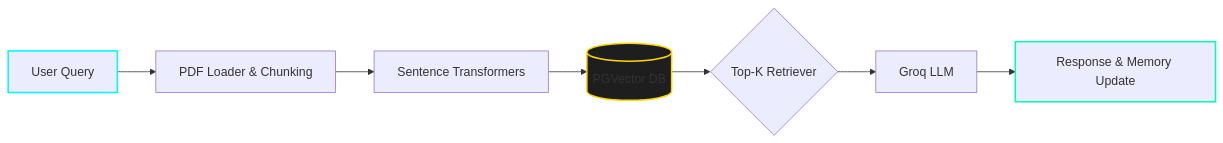
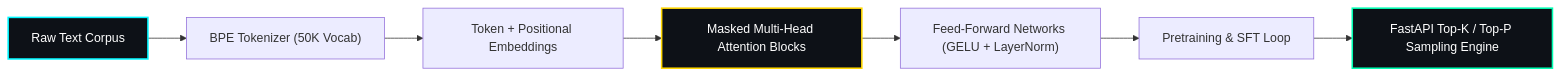
Before and after one commit to AnmolRajpoot25/AnmolRajpoot25: the third of 7 diagrams in README.md, drawn with Mermaid. The commit also changed other lines of this file, not shown here.

````diff
--- a/README.md
+++ b/README.md
@@ -46,12 +135,13 @@
 ```mermaid
-graph LR
-    A[User Query] --> B[PDF Loader & Chunking]
-    B --> C[Sentence Transformers]
-    C --> D[(PGVector DB)]
-    D --> E{Top-K Retriever}
-    E --> F[Groq LLM]
-    F --> G[Response & Memory Update]
-    style A stroke:#00F7FF,stroke-width:2px
-    style D fill:#1e1e1e,stroke:#FFD700,stroke-width:2px
-    style G stroke:#00FFB3,stroke-width:2px
+flowchart LR
+    A["Raw Text Corpus"] --> B["BPE Tokenizer (50K Vocab)"]
+    B --> C["Token + Positional Embeddings"]
+    C --> D["Masked Multi-Head Attention Blocks"]
+    D --> E["Feed-Forward Networks (GELU + LayerNorm)"]
+    E --> F["Pretraining & SFT Loop"]
+    F --> G["FastAPI Top-K / Top-P Sampling Engine"]
+
+    style A fill:#0d1117,stroke:#00F7FF,stroke-width:2px,color:#fff
+    style D fill:#0d1117,stroke:#FFD700,stroke-width:2px,color:#fff
+    style G fill:#0d1117,stroke:#00FFB3,stroke-width:2px,color:#fff
 ```
````
